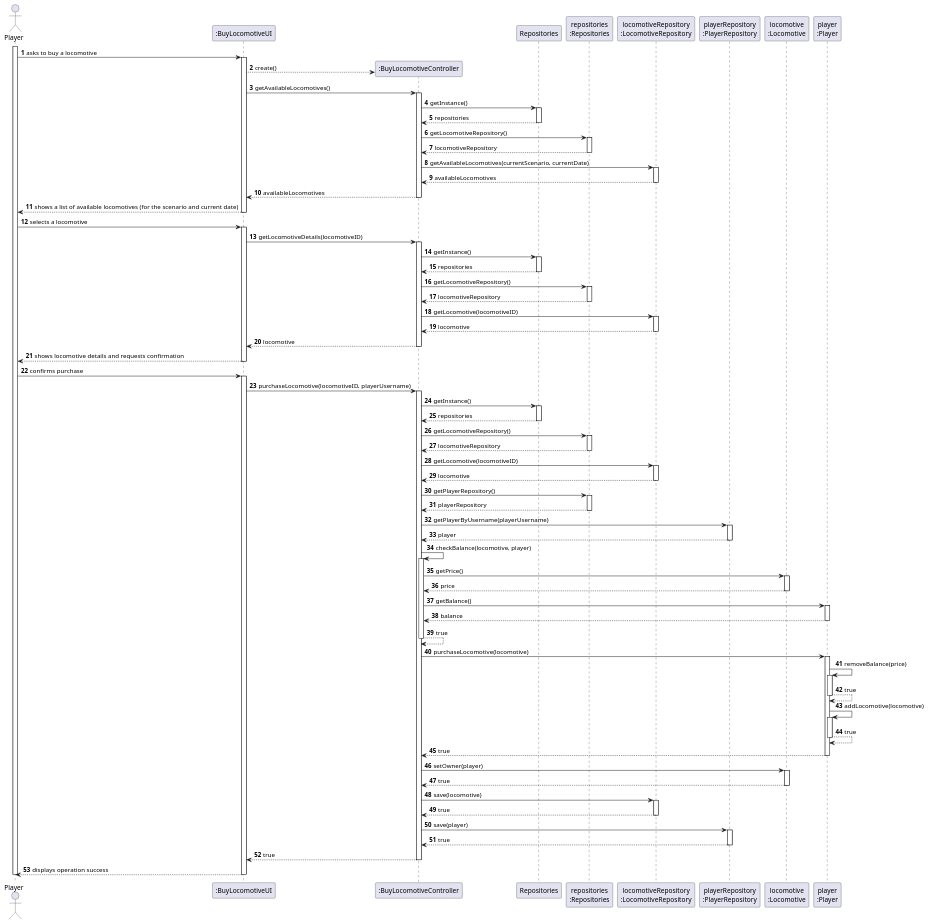
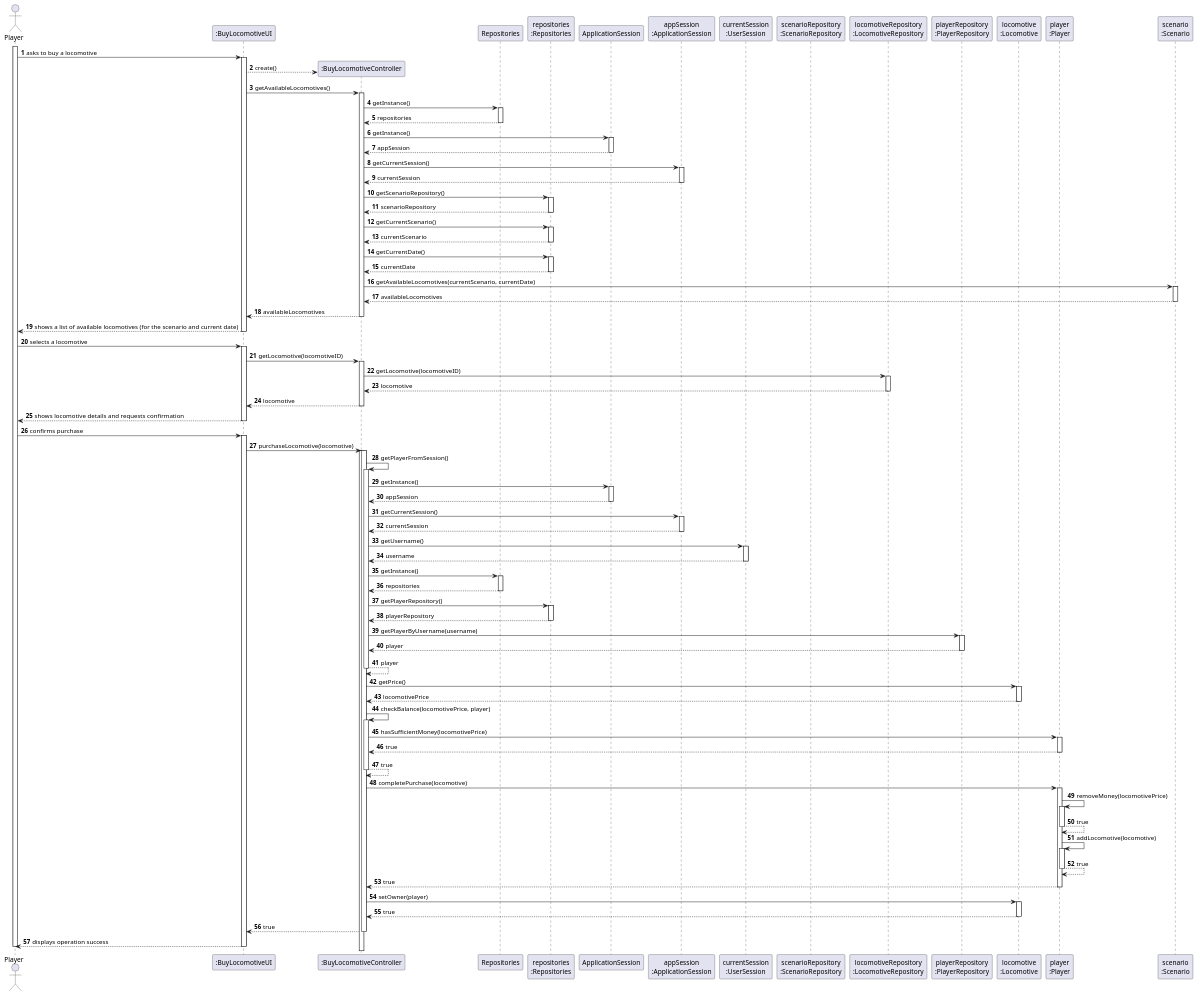
The diagram in docs/system-documentation/Sprint 2/US09/03.design/puml/US09-SD-full.puml (HenriqueSilva18/Railway-Network-Simulator), drawn with PlantUML before and after one commit. The commit also changed 48 other files, not shown here.

```diff
--- a/docs/system-documentation/Sprint 2/US09/03.design/puml/US09-SD-full.puml
+++ b/docs/system-documentation/Sprint 2/US09/03.design/puml/US09-SD-full.puml
@@ -1,157 +1,177 @@
 @startuml
 'skinparam monochrome true
 skinparam packageStyle rectangle
 skinparam shadowing false
 
 autonumber
 
 'hide footbox
 actor "Player" as PLAYER
 participant ":BuyLocomotiveUI" as UI
 participant ":BuyLocomotiveController" as CTRL
 participant "Repositories" as REPOS
 participant "repositories\n:Repositories" as REPOS_SINGLETON
+participant "ApplicationSession" as APP_SESSION
+participant "appSession\n:ApplicationSession" as APP_SESSION_SINGLETON
+participant "currentSession\n:UserSession" as CURRENT_SESSION
+participant "scenarioRepository\n:ScenarioRepository" as SCENARIO_REPO
 participant "locomotiveRepository\n:LocomotiveRepository" as LOC_REPO
 participant "playerRepository\n:PlayerRepository" as PLAYER_REPO
 participant "locomotive\n:Locomotive" as LOCOMOTIVE
 participant "player\n:Player" as PLAYER_OBJ
+participant "scenario\n:Scenario" as SCENARIO
 
 activate PLAYER
 
     PLAYER -> UI : asks to buy a locomotive
     activate UI
         UI --> CTRL** : create()
 
         UI -> CTRL : getAvailableLocomotives()
         activate CTRL
             CTRL -> REPOS : getInstance()
             activate REPOS
                 REPOS --> CTRL: repositories
             deactivate REPOS
 
-            CTRL -> REPOS_SINGLETON : getLocomotiveRepository()
+            CTRL -> APP_SESSION : getInstance()
+            activate APP_SESSION
+                APP_SESSION --> CTRL : appSession
+            deactivate APP_SESSION
+
+            CTRL -> APP_SESSION_SINGLETON : getCurrentSession()
+            activate APP_SESSION_SINGLETON
+                APP_SESSION_SINGLETON --> CTRL : currentSession
+            deactivate APP_SESSION_SINGLETON
+
+            CTRL -> REPOS_SINGLETON : getScenarioRepository()
             activate REPOS_SINGLETON
-                REPOS_SINGLETON --> CTRL: locomotiveRepository
+                REPOS_SINGLETON --> CTRL: scenarioRepository
             deactivate REPOS_SINGLETON
 
-            CTRL -> LOC_REPO : getAvailableLocomotives(currentScenario, currentDate)
-            activate LOC_REPO
-                LOC_REPO --> CTRL : availableLocomotives
-            deactivate LOC_REPO
+            CTRL -> REPOS_SINGLETON : getCurrentScenario()
+            activate REPOS_SINGLETON
+                REPOS_SINGLETON --> CTRL : currentScenario
+            deactivate REPOS_SINGLETON
+
+            CTRL -> REPOS_SINGLETON : getCurrentDate()
+            activate REPOS_SINGLETON
+                REPOS_SINGLETON --> CTRL : currentDate
+            deactivate REPOS_SINGLETON
+
+            CTRL -> SCENARIO : getAvailableLocomotives(currentScenario, currentDate)
+            activate SCENARIO
+
+                SCENARIO --> CTRL : availableLocomotives
+            deactivate SCENARIO
 
             CTRL --> UI : availableLocomotives
         deactivate CTRL
 
         UI --> PLAYER : shows a list of available locomotives (for the scenario and current date)
     deactivate UI
 
     PLAYER -> UI : selects a locomotive
     activate UI
 
-        UI -> CTRL : getLocomotiveDetails(locomotiveID)
+        UI -> CTRL : getLocomotive(locomotiveID)
         activate CTRL
-            CTRL -> REPOS : getInstance()
-            activate REPOS
-                REPOS --> CTRL: repositories
-            deactivate REPOS
-
-            CTRL -> REPOS_SINGLETON : getLocomotiveRepository()
-            activate REPOS_SINGLETON
-                REPOS_SINGLETON --> CTRL: locomotiveRepository
-            deactivate REPOS_SINGLETON
-
             CTRL -> LOC_REPO : getLocomotive(locomotiveID)
             activate LOC_REPO
                 LOC_REPO --> CTRL : locomotive
             deactivate LOC_REPO
 
             CTRL --> UI : locomotive
         deactivate CTRL
 
         UI --> PLAYER : shows locomotive details and requests confirmation
     deactivate UI
 
     PLAYER -> UI : confirms purchase
     activate UI
 
-        UI -> CTRL : purchaseLocomotive(locomotiveID, playerUsername)
+        UI -> CTRL : purchaseLocomotive(locomotive)
         activate CTRL
-            CTRL -> REPOS : getInstance()
-            activate REPOS
-                REPOS --> CTRL: repositories
-            deactivate REPOS
 
-            CTRL -> REPOS_SINGLETON : getLocomotiveRepository()
-            activate REPOS_SINGLETON
-                REPOS_SINGLETON --> CTRL: locomotiveRepository
-            deactivate REPOS_SINGLETON
+        activate CTRL
+            CTRL -> CTRL : getPlayerFromSession()
+            activate CTRL
+                CTRL -> APP_SESSION : getInstance()
+                activate APP_SESSION
+                    APP_SESSION --> CTRL : appSession
+                deactivate APP_SESSION
 
-            CTRL -> LOC_REPO : getLocomotive(locomotiveID)
-            activate LOC_REPO
-                LOC_REPO --> CTRL : locomotive
-            deactivate LOC_REPO
+                CTRL -> APP_SESSION_SINGLETON : getCurrentSession()
+                activate APP_SESSION_SINGLETON
+                    APP_SESSION_SINGLETON --> CTRL : currentSession
+                deactivate APP_SESSION_SINGLETON
 
-            CTRL -> REPOS_SINGLETON : getPlayerRepository()
-            activate REPOS_SINGLETON
-                REPOS_SINGLETON --> CTRL: playerRepository
-            deactivate REPOS_SINGLETON
+                CTRL -> CURRENT_SESSION : getUsername()
+                activate CURRENT_SESSION
+                    CURRENT_SESSION --> CTRL : username
+                deactivate CURRENT_SESSION
 
-            CTRL -> PLAYER_REPO : getPlayerByUsername(playerUsername)
-            activate PLAYER_REPO
-                PLAYER_REPO --> CTRL : player
-            deactivate PLAYER_REPO
+                CTRL -> REPOS : getInstance()
+                activate REPOS
+                    REPOS --> CTRL : repositories
+                deactivate REPOS
 
-            CTRL -> CTRL : checkBalance(locomotive, player)
-            activate CTRL
+                CTRL -> REPOS_SINGLETON : getPlayerRepository()
+                activate REPOS_SINGLETON
+                    REPOS_SINGLETON --> CTRL : playerRepository
+                deactivate REPOS_SINGLETON
+
+                CTRL -> PLAYER_REPO : getPlayerByUsername(username)
+                activate PLAYER_REPO
+                    PLAYER_REPO --> CTRL : player
+                deactivate PLAYER_REPO
+
+                CTRL --> CTRL : player
+            deactivate CTRL
+
                 CTRL -> LOCOMOTIVE : getPrice()
                 activate LOCOMOTIVE
-                    LOCOMOTIVE --> CTRL : price
+                    LOCOMOTIVE --> CTRL : locomotivePrice
                 deactivate LOCOMOTIVE
 
-                CTRL -> PLAYER_OBJ : getBalance()
+
+            CTRL -> CTRL : checkBalance(locomotivePrice, player)
+            activate CTRL
+
+                CTRL -> PLAYER_OBJ : hasSufficientMoney(locomotivePrice)
                 activate PLAYER_OBJ
-                    PLAYER_OBJ --> CTRL : balance
+                    PLAYER_OBJ --> CTRL : true
                 deactivate PLAYER_OBJ
 
                 CTRL --> CTRL : true
             deactivate CTRL
 
-            CTRL -> PLAYER_OBJ : purchaseLocomotive(locomotive)
+            CTRL -> PLAYER_OBJ : completePurchase(locomotive)
             activate PLAYER_OBJ
-                PLAYER_OBJ -> PLAYER_OBJ : removeBalance(price)
+                PLAYER_OBJ -> PLAYER_OBJ : removeMoney(locomotivePrice)
                 activate PLAYER_OBJ
                     PLAYER_OBJ --> PLAYER_OBJ : true
                 deactivate PLAYER_OBJ
 
                 PLAYER_OBJ -> PLAYER_OBJ : addLocomotive(locomotive)
                 activate PLAYER_OBJ
                     PLAYER_OBJ --> PLAYER_OBJ : true
                 deactivate PLAYER_OBJ
 
                 PLAYER_OBJ --> CTRL : true
             deactivate PLAYER_OBJ
-            
+
             CTRL -> LOCOMOTIVE : setOwner(player)
             activate LOCOMOTIVE
                 LOCOMOTIVE --> CTRL : true
             deactivate LOCOMOTIVE
-
-            CTRL -> LOC_REPO : save(locomotive)
-            activate LOC_REPO
-                LOC_REPO --> CTRL : true
-            deactivate LOC_REPO
-
-            CTRL -> PLAYER_REPO : save(player)
-            activate PLAYER_REPO
-                PLAYER_REPO --> CTRL : true
-            deactivate PLAYER_REPO
 
             CTRL --> UI : true
         deactivate CTRL
 
         UI --> PLAYER : displays operation success
     deactivate UI
 
 deactivate PLAYER
 
 @enduml
```
